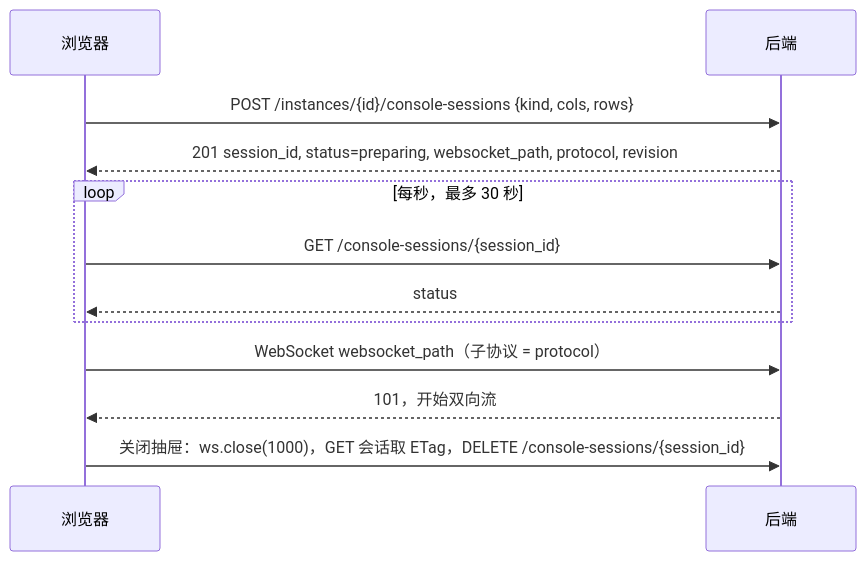
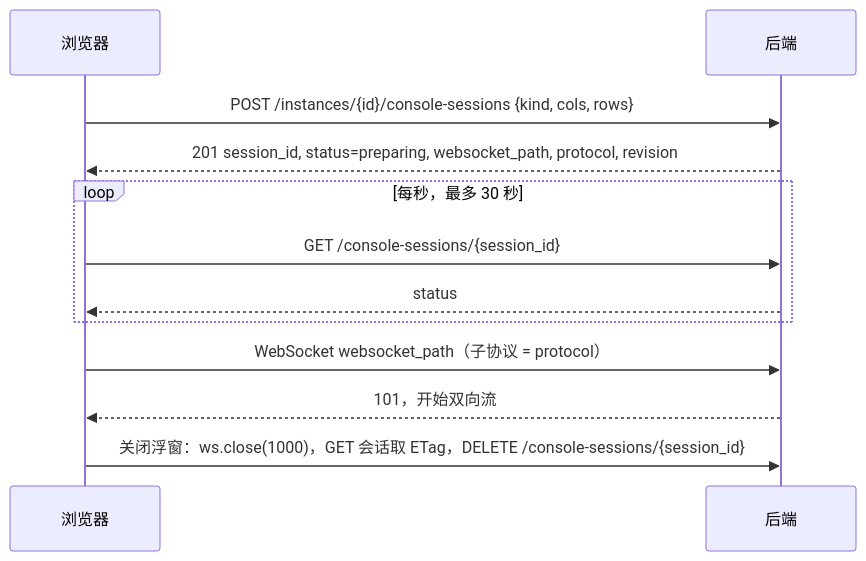
One commit to umi0000/101cloud changed the second of 2 diagrams in frontend/前端设计.md. Above: the diagram before and after it, drawn with Mermaid. The commit also changed other lines of this file and 22 other files, not shown here.

````diff
--- a/frontend/前端设计.md
+++ b/frontend/前端设计.md
@@ -503,14 +503,14 @@
 ```mermaid
 sequenceDiagram
   participant U as 浏览器
   participant B as 后端
   U->>B: POST /instances/{id}/console-sessions {kind, cols, rows}
   B-->>U: 201 session_id, status=preparing, websocket_path, protocol, revision
   loop 每秒，最多 30 秒
     U->>B: GET /console-sessions/{session_id}
     B-->>U: status
   end
   U->>B: WebSocket websocket_path（子协议 = protocol）
   B-->>U: 101，开始双向流
-  U->>B: 关闭抽屉：ws.close(1000)，GET 会话取 ETag，DELETE /console-sessions/{session_id}
+  U->>B: 关闭浮窗：ws.close(1000)，GET 会话取 ETag，DELETE /console-sessions/{session_id}
 ```
````
